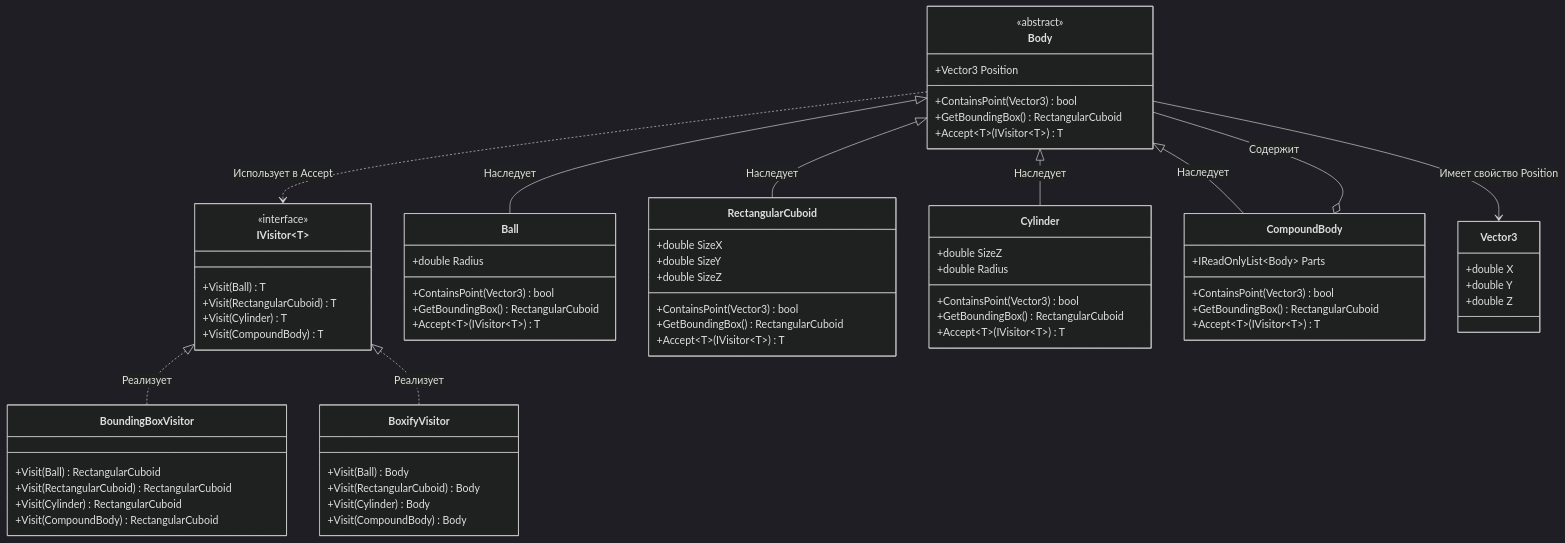
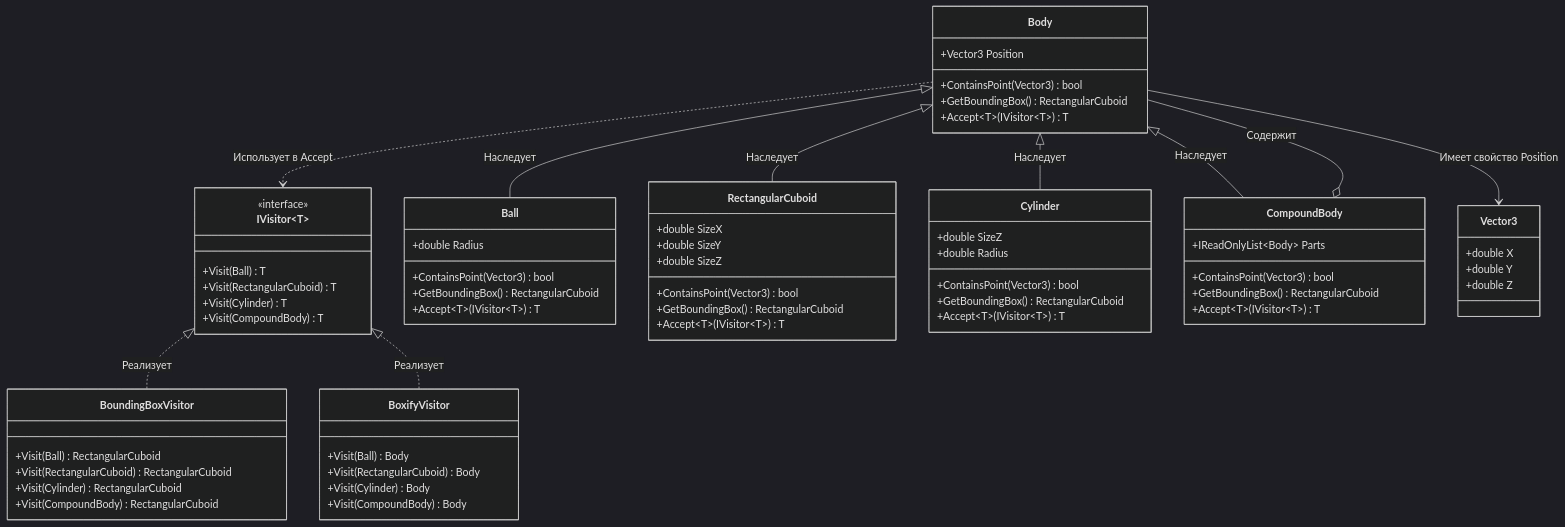
One commit to ram0k009/Practice changed the diagram in geometry-2.md. Above: the diagram before and after it, drawn with Mermaid (dark theme). The commit also changed other lines of this file, not shown here.

```diff
--- a/geometry-2.md
+++ b/geometry-2.md
@@ -11,7 +17,6 @@
     }
 
     class Body {
-        <<abstract>>
         +Vector3 Position
         +ContainsPoint(Vector3) bool
         +GetBoundingBox() RectangularCuboid
```
